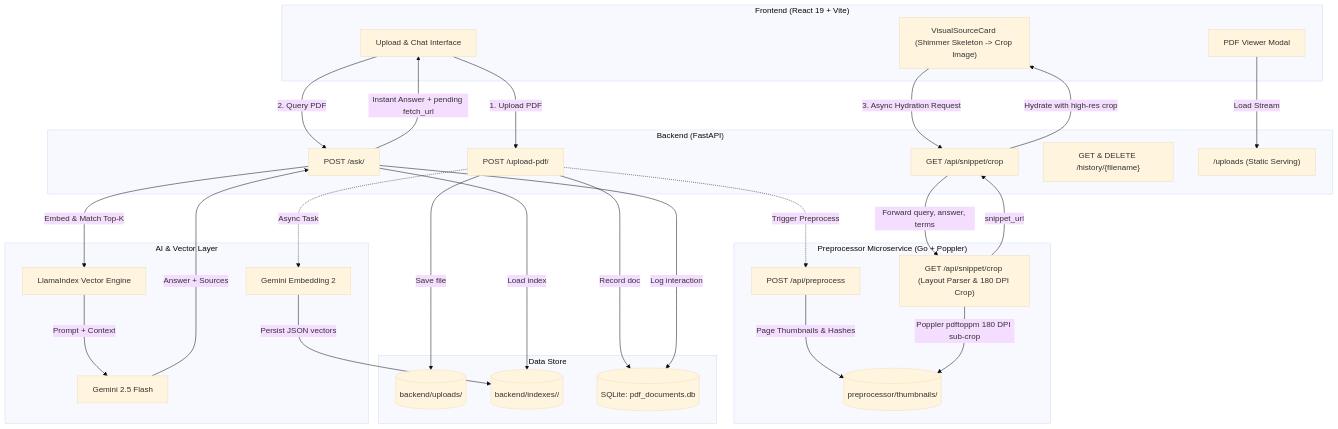
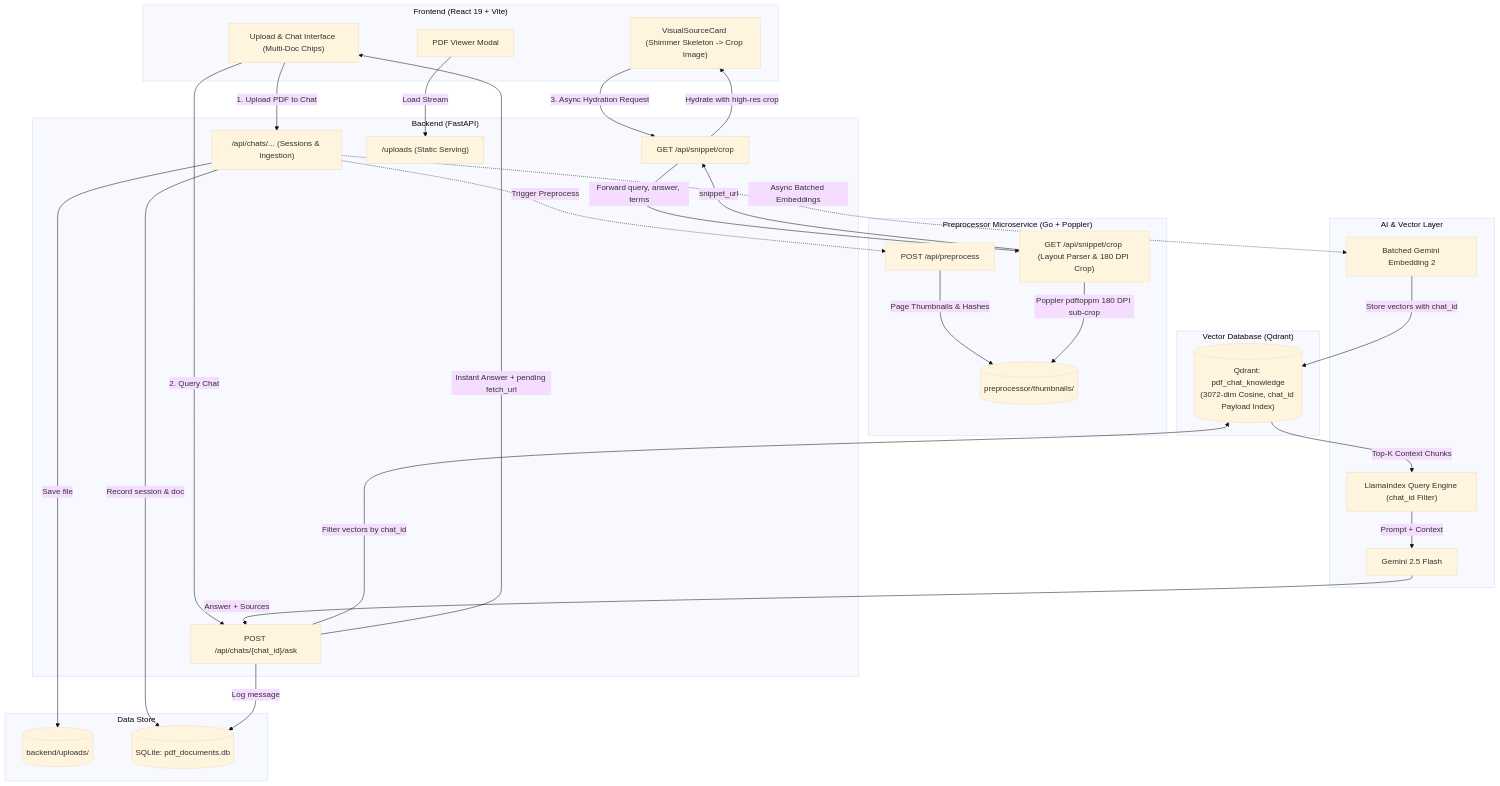
The diagram in README.md (shibinshibii/pdf-query-app), drawn with Mermaid (base theme) before and after one commit. The commit also changed other lines of this file and 1 other file, not shown here.

First line of the commit message:
docs(readme): document multi-doc chats and qdrant setup

````diff
--- a/README.md
+++ b/README.md
@@ -56,58 +57,60 @@
 ```mermaid
 graph TD
     subgraph Client ["Frontend (React 19 + Vite)"]
-        UI["Upload & Chat Interface"]
+        UI["Upload & Chat Interface (Multi-Doc Chips)"]
         Viewer["PDF Viewer Modal"]
         SourceCard["VisualSourceCard (Shimmer Skeleton -> Crop Image)"]
     end
 
     subgraph Server ["Backend (FastAPI)"]
-        UploadEP["POST /upload-pdf/"]
-        AskEP["POST /ask/"]
+        ChatEP["/api/chats/... (Sessions & Ingestion)"]
+        AskEP["POST /api/chats/{chat_id}/ask"]
         CropProxy["GET /api/snippet/crop"]
-        HistoryEP["GET & DELETE /history/{filename}"]
         StaticFiles["/uploads (Static Serving)"]
+    end
+
+    subgraph VectorDB ["Vector Database (Qdrant)"]
+        Qdrant[("Qdrant: pdf_chat_knowledge\n(3072-dim Cosine, chat_id Payload Index)")]
     end
 
     subgraph Preprocessor ["Preprocessor Microservice (Go + Poppler)"]
         PreprocessEP["POST /api/preprocess"]
         CropEngine["GET /api/snippet/crop (Layout Parser & 180 DPI Crop)"]
         ThumbStore[("preprocessor/thumbnails/")]
     end
 
     subgraph RAG ["AI & Vector Layer"]
-        GeminiEmbed["Gemini Embedding 2"]
-        Llama["LlamaIndex Vector Engine"]
+        BatchedEmbed["Batched Gemini Embedding 2"]
+        Llama["LlamaIndex Query Engine (chat_id Filter)"]
         GeminiLLM["Gemini 2.5 Flash"]
     end
 
     subgraph Storage ["Data Store"]
         PDFDir[("backend/uploads/")]
-        IndexStore[("backend/indexes/<filename>/")]
         SQLite[("SQLite: pdf_documents.db")]
     end
 
-    UI -->|1. Upload PDF| UploadEP
-    UploadEP -->|Save file| PDFDir
-    UploadEP -->|Record doc| SQLite
-    UploadEP -.->|Async Task| GeminiEmbed
-    GeminiEmbed -->|Persist JSON vectors| IndexStore
-    UploadEP -.->|Trigger Preprocess| PreprocessEP
+    UI -->|1. Upload PDF to Chat| ChatEP
+    ChatEP -->|Save file| PDFDir
+    ChatEP -->|Record session & doc| SQLite
+    ChatEP -.->|Async Batched Embeddings| BatchedEmbed
+    BatchedEmbed -->|Store vectors with chat_id| Qdrant
+    ChatEP -.->|Trigger Preprocess| PreprocessEP
     PreprocessEP -->|Page Thumbnails & Hashes| ThumbStore
 
-    UI -->|2. Query PDF| AskEP
-    AskEP -->|Load index| IndexStore
-    AskEP -->|Embed & Match Top-K| Llama
+    UI -->|2. Query Chat| AskEP
+    AskEP -->|Filter vectors by chat_id| Qdrant
+    Qdrant -->|Top-K Context Chunks| Llama
     Llama -->|Prompt + Context| GeminiLLM
     GeminiLLM -->|Answer + Sources| AskEP
-    AskEP -->|Log interaction| SQLite
+    AskEP -->|Log message| SQLite
     AskEP -->|Instant Answer + pending fetch_url| UI
 
     SourceCard -->|3. Async Hydration Request| CropProxy
     CropProxy -->|Forward query, answer, terms| CropEngine
     CropEngine -->|Poppler pdftoppm 180 DPI sub-crop| ThumbStore
     CropEngine -->|snippet_url| CropProxy
     CropProxy -->|Hydrate with high-res crop| SourceCard
 
     Viewer -->|Load Stream| StaticFiles
 ```
````
